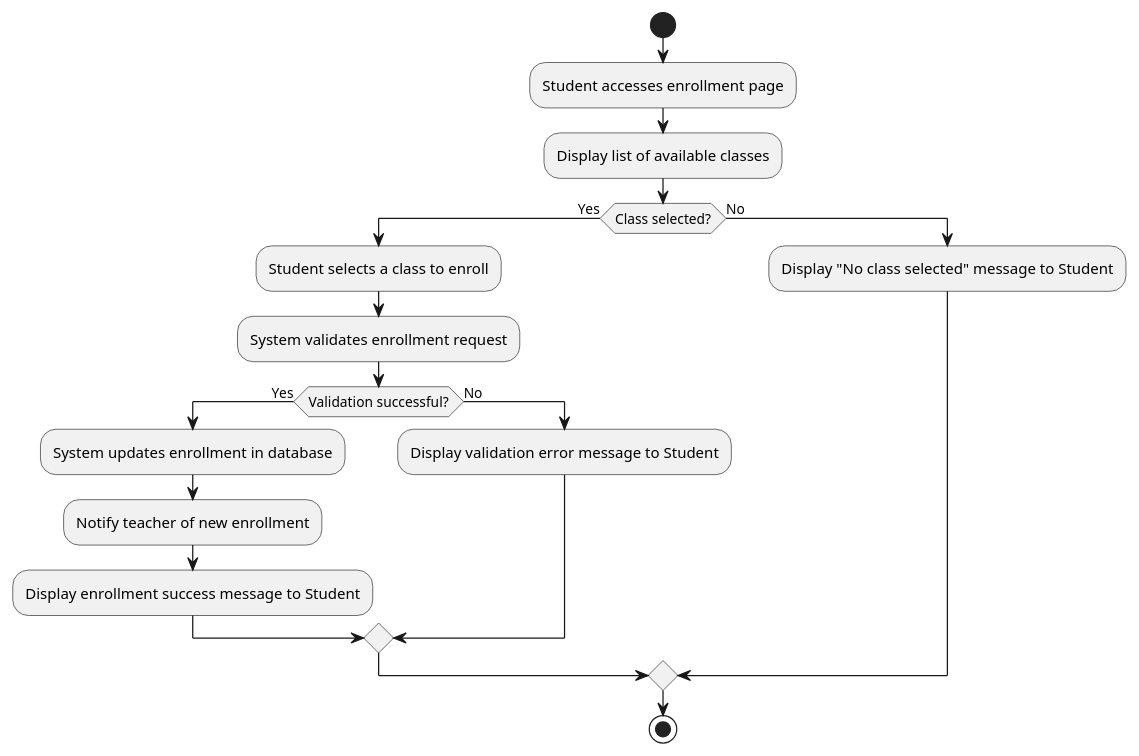
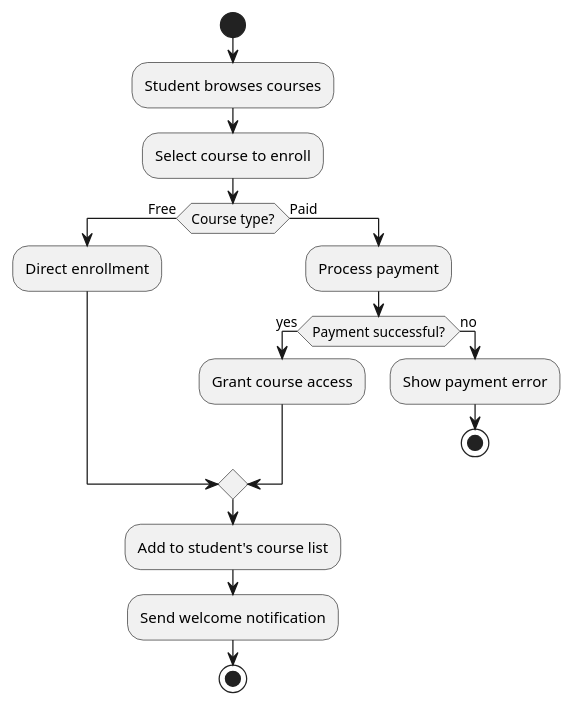
The diagram in projects/jamc/design/diagrams/enrollment-activity-diagram.puml (alexajuno/notes), drawn with PlantUML before and after one commit. The commit also changed 7 other files, not shown here.

```diff
--- a/projects/jamc/design/diagrams/enrollment-activity-diagram.puml
+++ b/projects/jamc/design/diagrams/enrollment-activity-diagram.puml
@@ -1,23 +1,23 @@
 @startuml enrollment-activity-diagram
 
 start
-:Student accesses enrollment page;
-:Display list of available classes;
+:Student browses courses;
+:Select course to enroll;
 
-if (Class selected?) then (Yes)
-    :Student selects a class to enroll;
-    :System validates enrollment request;
-
-    if (Validation successful?) then (Yes)
-        :System updates enrollment in database;
-        :Notify teacher of new enrollment;
-        :Display enrollment success message to Student;
-    else (No)
-        :Display validation error message to Student;
+if (Course type?) then (Free)
+    :Direct enrollment;
+else (Paid)
+    :Process payment;
+    if (Payment successful?) then (yes)
+        :Grant course access;
+    else (no)
+        :Show payment error;
+        stop
     endif
-else (No)
-    :Display "No class selected" message to Student;
 endif
 
+:Add to student's course list;
+:Send welcome notification;
 stop
+
 @enduml
```
